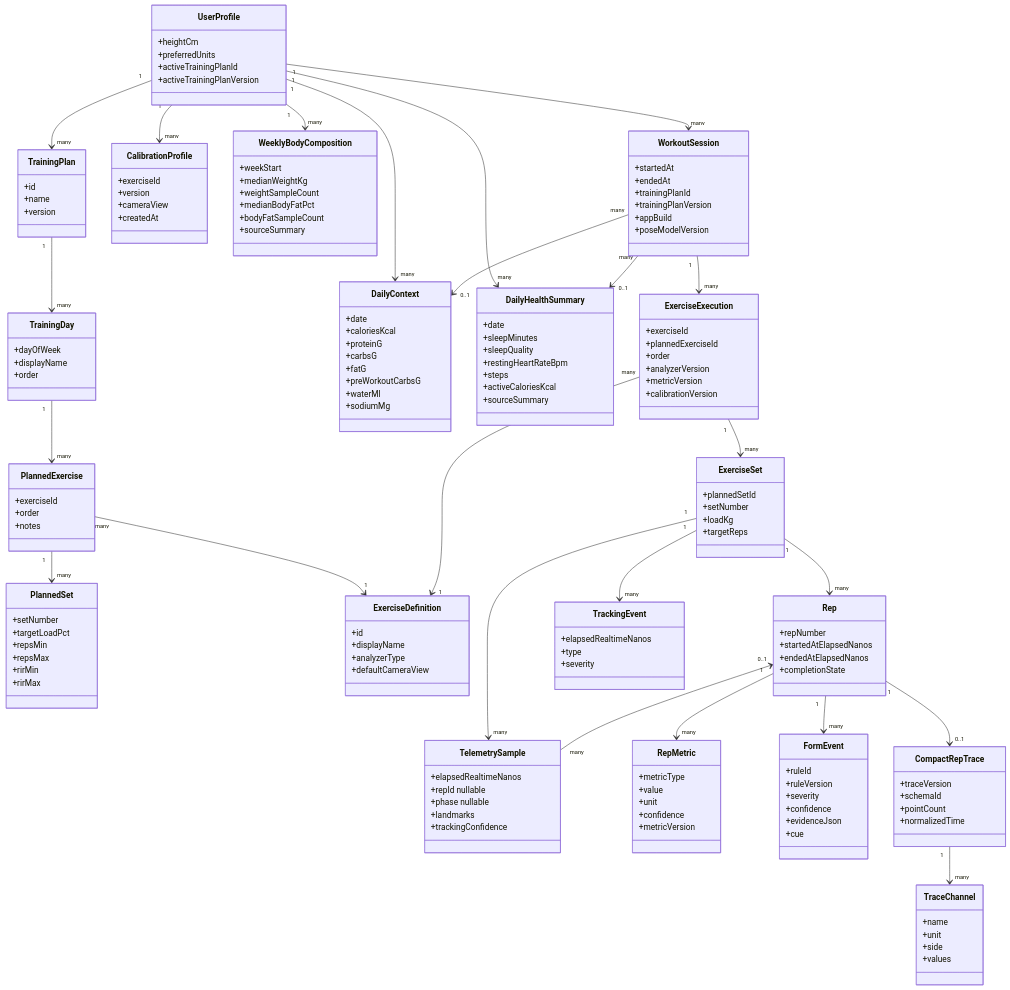
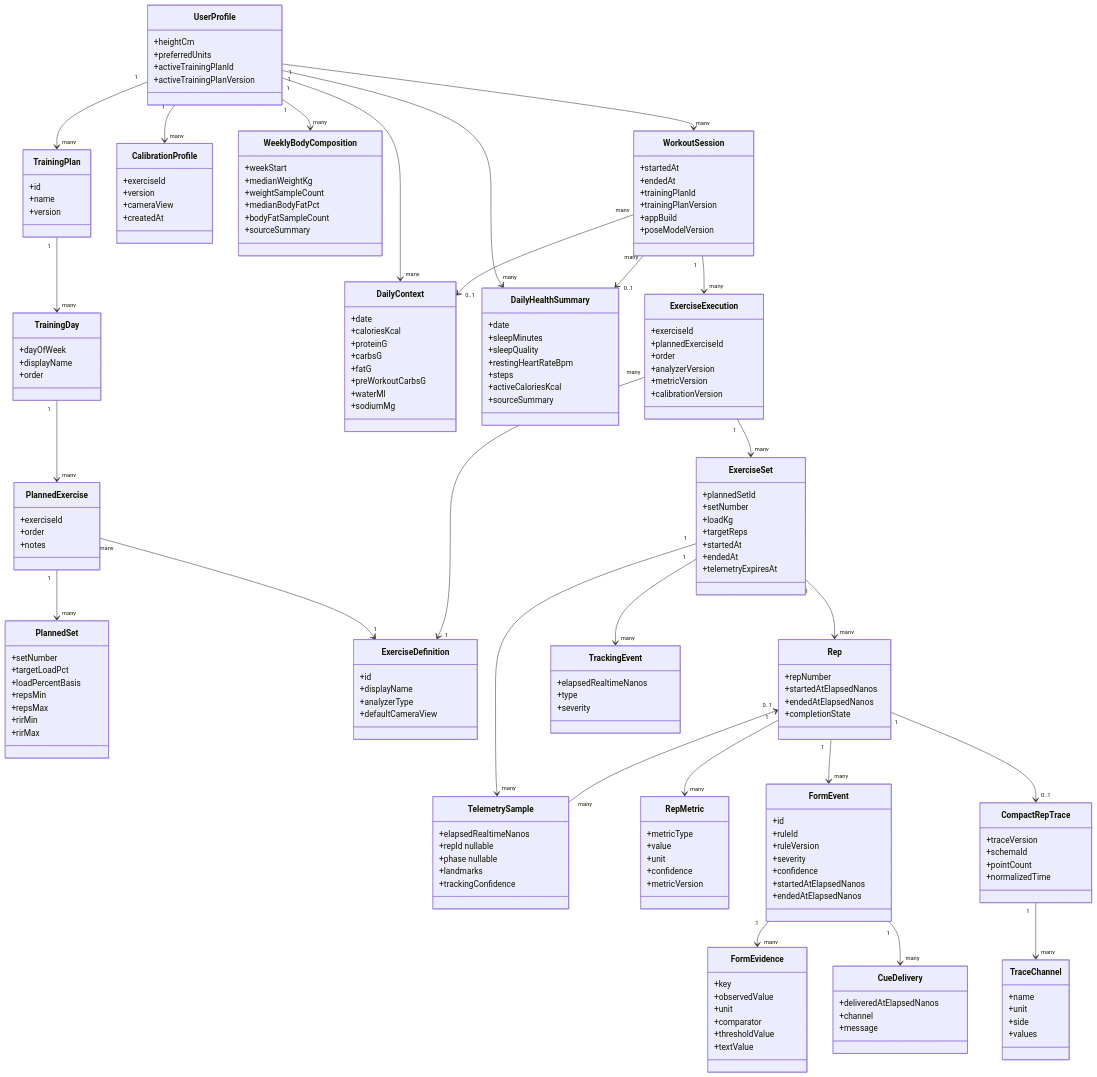
One commit to lazerta/gym-buddy changed the third of 7 diagrams in docs/uml/OVERVIEW.md. Above: the diagram before and after it, drawn with Mermaid. The commit also changed other lines of this file, not shown here.

Commit message:
UML v0.6: sync overview with final review candidate

```diff
--- a/docs/uml/OVERVIEW.md
+++ b/docs/uml/OVERVIEW.md
@@ -87,6 +88,7 @@
     class PlannedSet {
       +setNumber
       +targetLoadPct
+      +loadPercentBasis
       +repsMin
       +repsMax
       +rirMin
@@ -152,6 +154,9 @@
       +setNumber
       +loadKg
       +targetReps
+      +startedAt
+      +endedAt
+      +telemetryExpiresAt
     }
     class Rep {
       +repNumber
@@ -179,12 +184,26 @@
       +metricVersion
     }
     class FormEvent {
+      +id
       +ruleId
       +ruleVersion
       +severity
       +confidence
-      +evidenceJson
-      +cue
+      +startedAtElapsedNanos
+      +endedAtElapsedNanos
+    }
+    class FormEvidence {
+      +key
+      +observedValue
+      +unit
+      +comparator
+      +thresholdValue
+      +textValue
+    }
+    class CueDelivery {
+      +deliveredAtElapsedNanos
+      +channel
+      +message
     }
     class CompactRepTrace {
       +traceVersion
@@ -218,6 +237,8 @@
     Rep "0..1" <-- "many" TelemetrySample
     Rep "1" --> "many" RepMetric
     Rep "1" --> "many" FormEvent
+    FormEvent "1" --> "many" FormEvidence
+    FormEvent "1" --> "many" CueDelivery
     Rep "1" --> "0..1" CompactRepTrace
     CompactRepTrace "1" --> "many" TraceChannel
     WorkoutSession "many" --> "0..1" DailyContext
```
